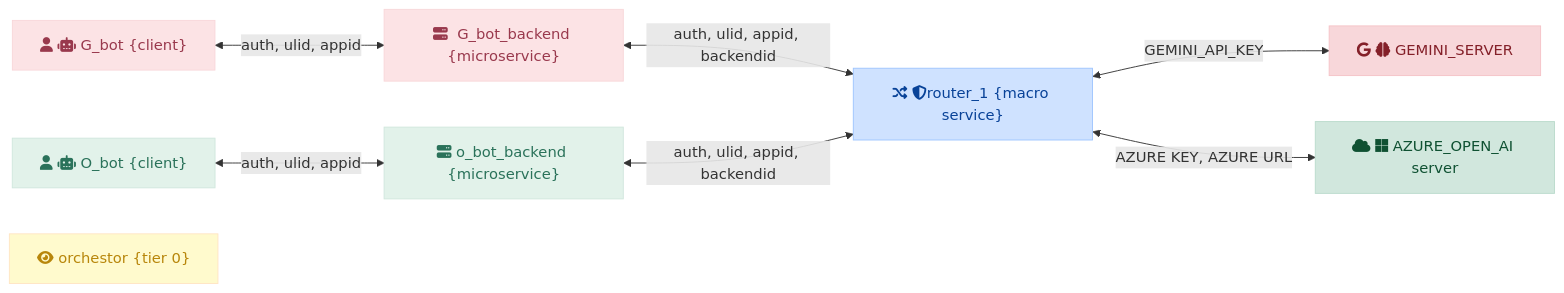
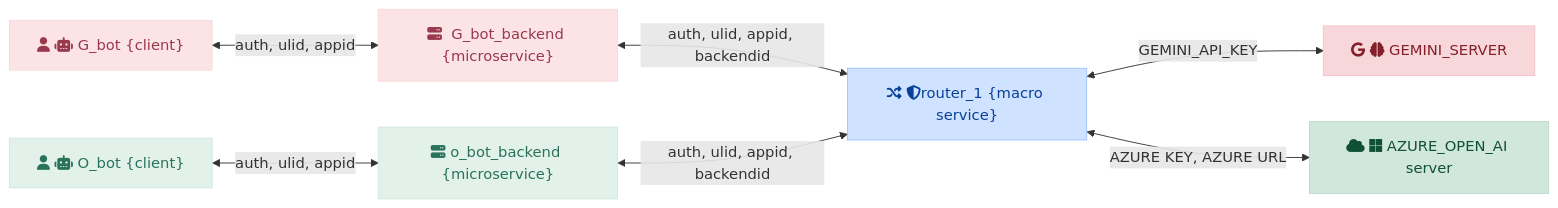
One commit to siddhbose-kivtechs/flow-diagram changed the diagram in readme.md. Above: the diagram before and after it, drawn with Mermaid.

````diff
--- a/readme.md
+++ b/readme.md
@@ -5,34 +5,34 @@
 ```mermaid
 flowchart LR
     GClient["fa:fa-user fa:fa-robot G_bot {client}"]:::pinkLightStyle
     GBackend["fa:fa-server  G_bot_backend {microservice}"]:::pinkLightStyle
     OClient["fa:fa-user fa:fa-robot O_bot {client}"]:::greenLightStyle
     OBackend["fa:fa-server o_bot_backend {microservice}"]:::greenLightStyle
     
     Router["fa:fa-random <i class="fa-solid fa-shield-halved"></i>router_1 {macro service}"]:::blueStyle
     Gemini["fab:fa-google fa:fa-brain  GEMINI_SERVER"]:::pinkStyle
     Azure["fa:fa-cloud fab:fa-microsoft AZURE_OPEN_AI server"]:::greenStyle
-    Orchestor["fa:fa-eye orchestor {tier 0}"]:::yellowStyle
+    
 
     GClient <-->|auth, ulid, appid| GBackend
     OClient <--> |auth, ulid, appid| OBackend
     
     GBackend <-->|auth, ulid, appid, backendid| Router
     OBackend <--> |auth, ulid, appid, backendid| Router
     
     Router <-->|GEMINI_API_KEY| Gemini
     Router <-->|AZURE KEY, AZURE URL| Azure
 
   
     
     classDef pinkStyle fill:#f8d7da,stroke:#f5c2c7,color:#842029
     classDef pinkLightStyle fill:#fce3e5,stroke:#f8d7da,color:#99394d
     classDef greenStyle fill:#d1e7dd,stroke:#badbcc,color:#0f5132
     classDef yellowStyle fill:#fffacd,stroke:#ffe4c4,color:#b8860b
     classDef greenLightStyle fill:#e2f2ea,stroke:#d1e7dd,color:#2a725a
     classDef blueStyle fill:#cfe2ff,stroke:#9ec5fe,color:#084298
 
 
 
 
 ```
````
